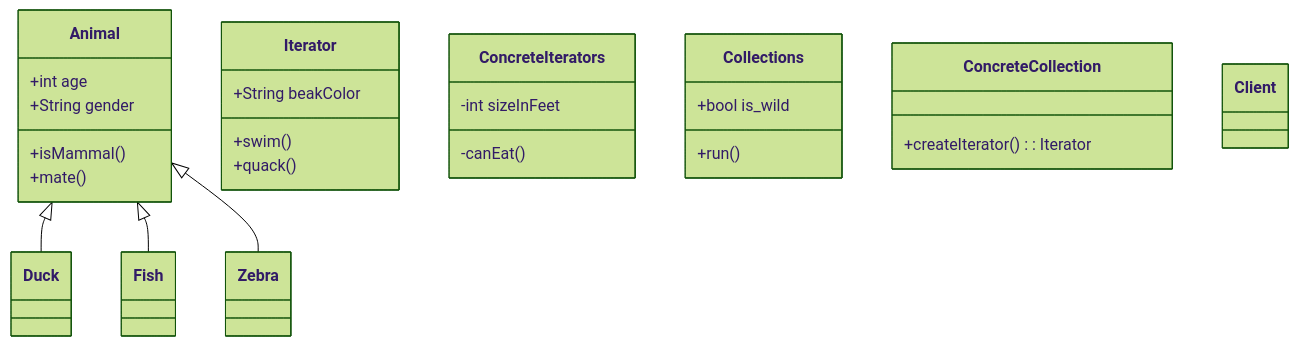
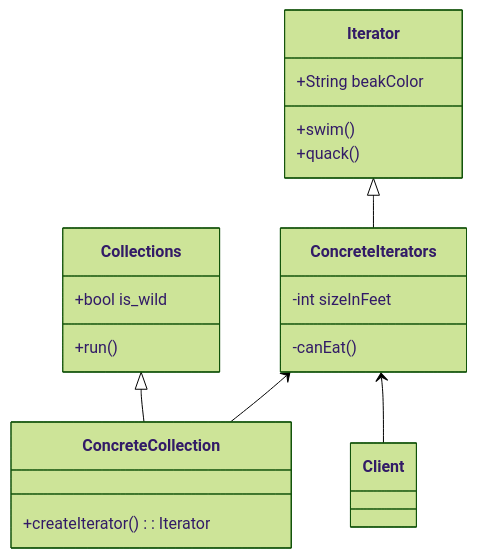
The diagram in jslee/ch16_Iterator/readme.md (MyFavoriteCodingStudy/gof-design-patterns), drawn with Mermaid (forest theme) before and after one commit. The commit also changed other lines of this file and 21 other files, not shown here.

````diff
--- a/jslee/ch16_Iterator/readme.md
+++ b/jslee/ch16_Iterator/readme.md
@@ -33,29 +21,26 @@
 ```mermaid
 classDiagram
-      Animal <|-- Duck
-      Animal <|-- Fish
-      Animal <|-- Zebra
-      Animal : +int age
-      Animal : +String gender
-      Animal: +isMammal()
-      Animal: +mate()
-      
+      Iterator <|-- ConcreteIterators
+      Collections <|-- ConcreteCollection
+      ConcreteIterators <-- ConcreteCollection
+      ConcreteIterators <-- Client
+
       class Iterator{
           +String beakColor
           +swim()
           +quack()
       }
       class ConcreteIterators{
           -int sizeInFeet
           -canEat()
       }
       class Collections{
           +bool is_wild
           +run()
       }
        class ConcreteCollection{
           +createIterator(): Iterator
       }
       class Client{
       }
 ```
````
